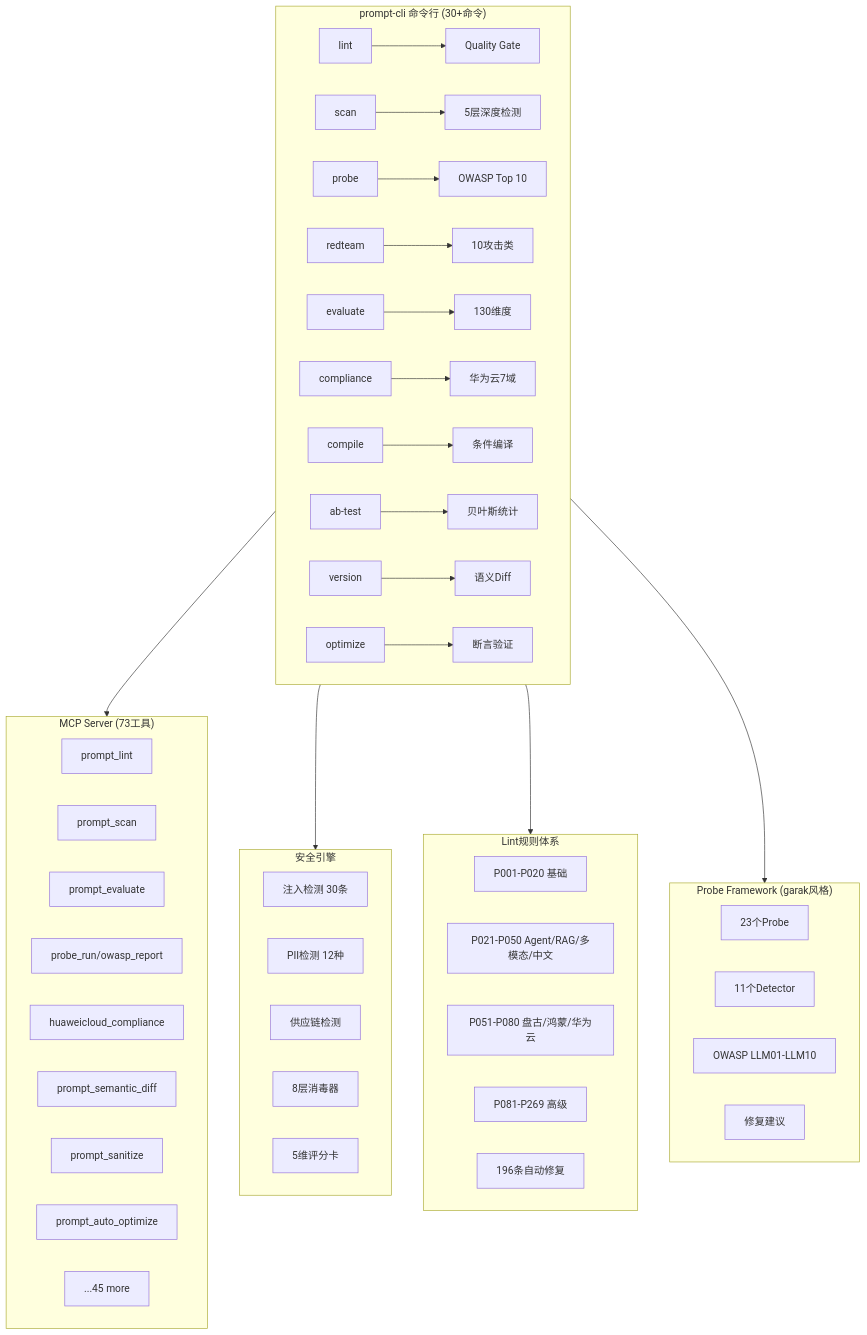
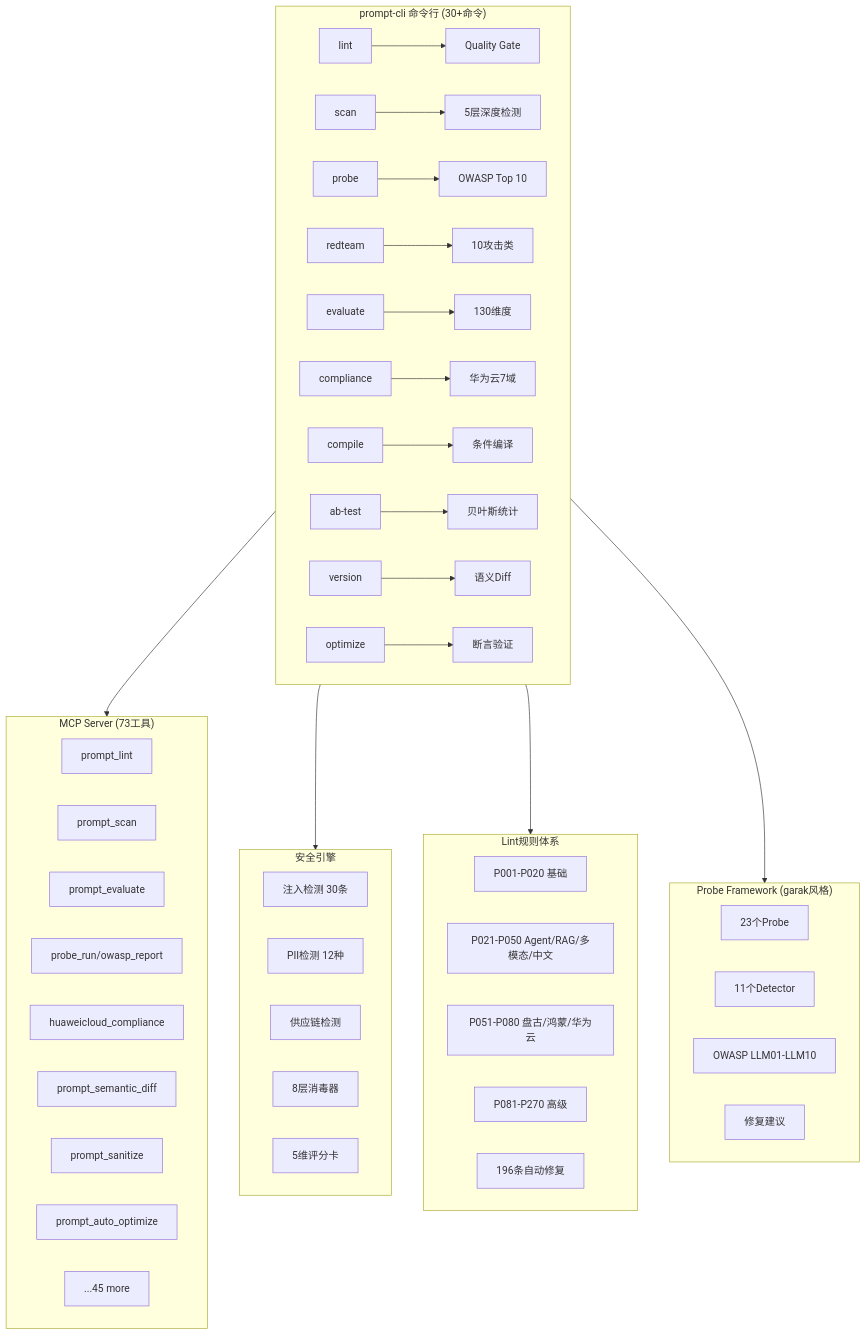
One commit to wqbcs/ai-prompt-toolkit changed the second of 2 diagrams in README.md. Above: the diagram before and after it, drawn with Mermaid. The commit also changed other lines of this file and 293 other files, not shown here.

````diff
--- a/README.md
+++ b/README.md
@@ -457,55 +457,55 @@
 ```mermaid
 graph TB
     subgraph CLI["prompt-cli 命令行 (30+命令)"]
         LINT[lint] --> GATE[Quality Gate]
         SCAN[scan] --> DEPTH[5层深度检测]
         PROBE[probe] --> OWASP[OWASP Top 10]
         REDTEAM[redteam] --> ATTACK[10攻击类]
         EVAL[evaluate] --> DIMS[130维度]
         COMPLIANCE[compliance] --> HC[华为云7域]
         COMPILE[compile] --> CMP[条件编译]
         AB[ab-test] --> BAYES[贝叶斯统计]
         VERSION[version] --> SDIFF[语义Diff]
         OPTIMIZE[optimize] --> ASSERT[断言验证]
     end
 
     subgraph MCP["MCP Server (73工具)"]
         MCP_LINT[prompt_lint]
         MCP_SCAN[prompt_scan]
         MCP_EVAL[prompt_evaluate]
         MCP_PROBE[probe_run/owasp_report]
         MCP_COMPLIANCE[huaweicloud_compliance]
         MCP_DIFF[prompt_semantic_diff]
         MCP_SANITIZE[prompt_sanitize]
         MCP_OPTIMIZE[prompt_auto_optimize]
         MCP_MORE[...45 more]
     end
 
     subgraph SECURITY["安全引擎"]
         INJ[注入检测 30条]
         PII[PII检测 12种]
         SUPPLY[供应链检测]
         SANITIZE[8层消毒器]
         SCORECARD[5维评分卡]
     end
 
     subgraph RULES["Lint规则体系"]
         R1[P001-P020 基础]
         R2[P021-P050 Agent/RAG/多模态/中文]
         R3[P051-P080 盘古/鸿蒙/华为云]
-        R4[P081-P269 高级]
+        R4[P081-P270 高级]
         FIXER[196条自动修复]
     end
 
     subgraph PROBES["Probe Framework (garak风格)"]
         P_15[23个Probe]
         D_8[11个Detector]
         OWASP_MAP[OWASP LLM01-LLM10]
         REMEDIATION[修复建议]
     end
 
     CLI --> MCP
     CLI --> SECURITY
     CLI --> RULES
     CLI --> PROBES
 ```
````
